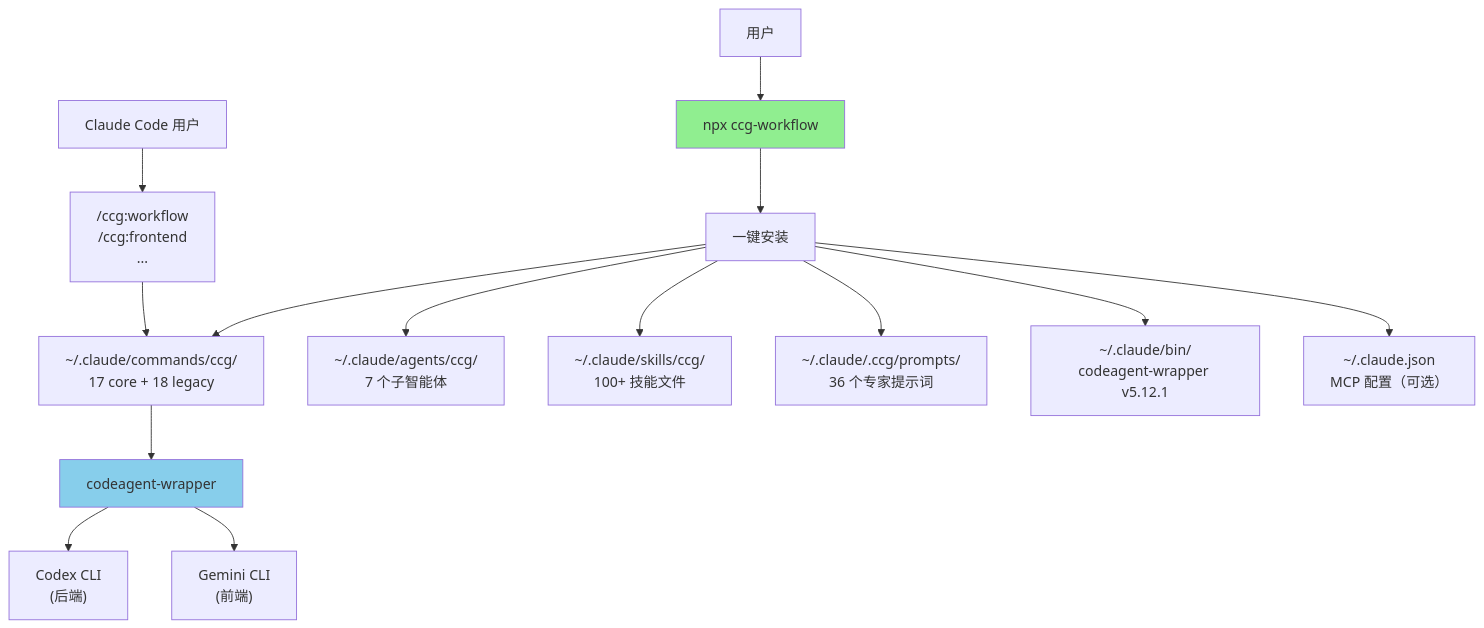
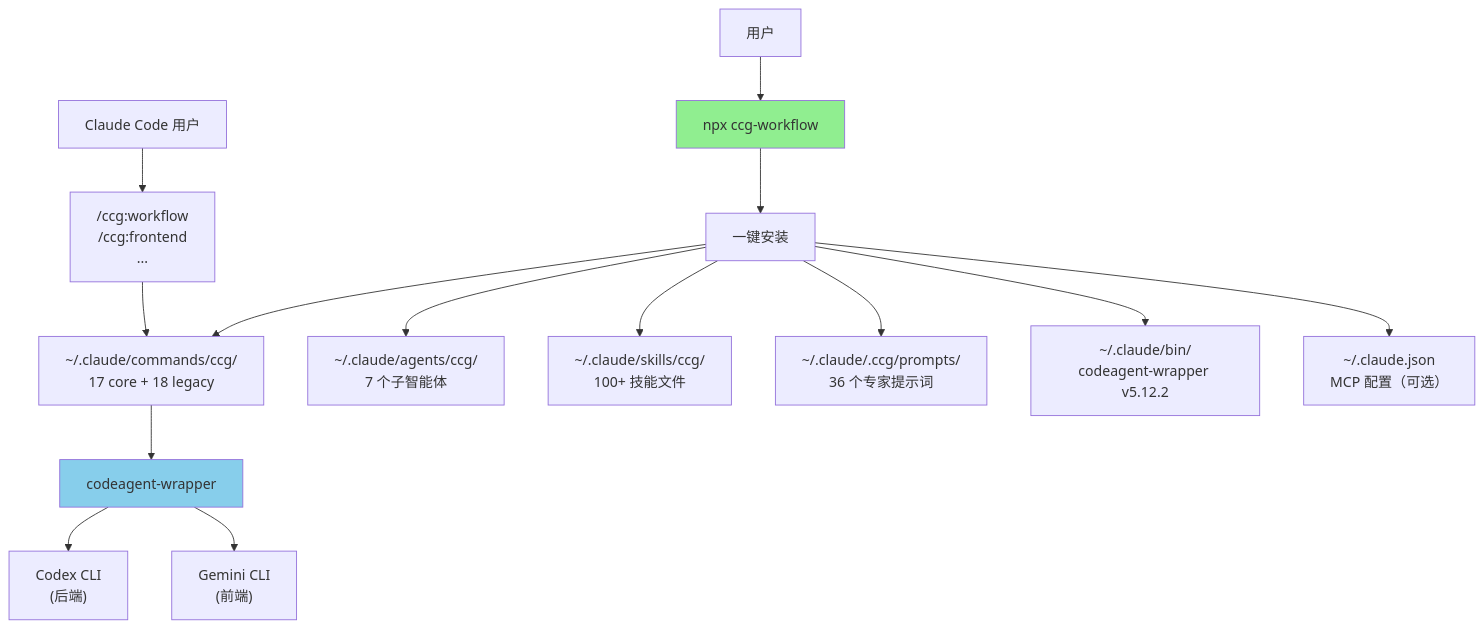
One commit to jed-zed/ccg-gptpro-worflow changed the diagram in CLAUDE.md. Above: the diagram before and after it, drawn with Mermaid. The commit also changed other lines of this file and 57 other files, not shown here.

````diff
--- a/CLAUDE.md
+++ b/CLAUDE.md
@@ -627,22 +627,22 @@
 ```mermaid
 graph TD
     User["用户"] --> CLI["npx ccg-workflow"]
     CLI --> Init["一键安装"]
 
     Init --> Commands["~/.claude/commands/ccg/<br/>17 core + 18 legacy"]
     Init --> Agents["~/.claude/agents/ccg/<br/>7 个子智能体"]
     Init --> Skills["~/.claude/skills/ccg/<br/>100+ 技能文件"]
     Init --> Prompts["~/.claude/.ccg/prompts/<br/>36 个专家提示词"]
-    Init --> Binary["~/.claude/bin/<br/>codeagent-wrapper v5.12.1"]
+    Init --> Binary["~/.claude/bin/<br/>codeagent-wrapper v5.12.2"]
     Init --> MCP["~/.claude.json<br/>MCP 配置（可选）"]
 
     User2["Claude Code 用户"] --> SlashCmd["/ccg:workflow<br/>/ccg:frontend<br/>..."]
     SlashCmd --> Commands
 
     Commands --> Wrapper["codeagent-wrapper"]
     Wrapper --> Codex["Codex CLI<br/>(后端)"]
     Wrapper --> Gemini["Gemini CLI<br/>(前端)"]
 
     style CLI fill:#90EE90
     style Wrapper fill:#87CEEB
 ```
````
